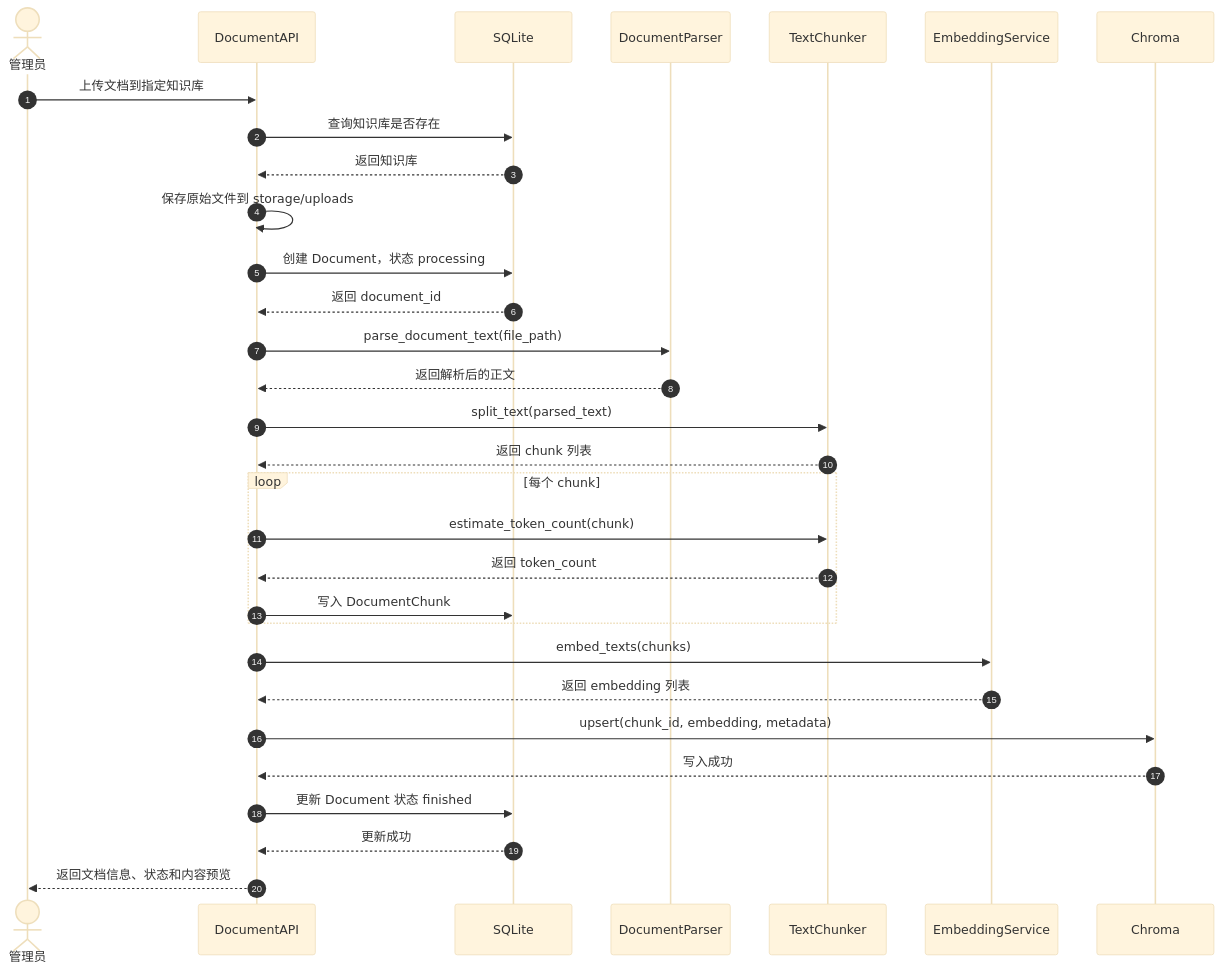
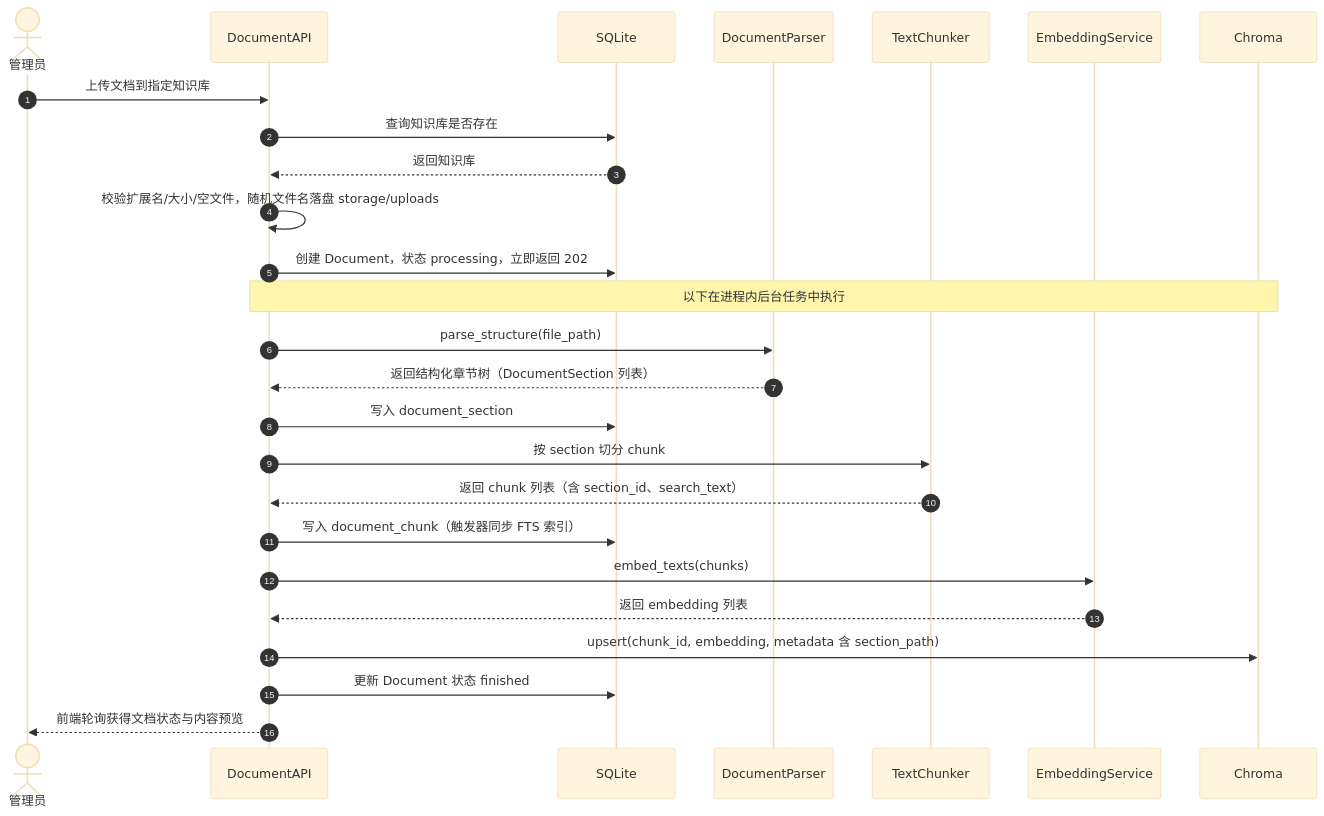
One commit to LBStruggleee/KnowFlow changed the third of 5 diagrams in docs/系统UML图.md. Above: the diagram before and after it, drawn with Mermaid (base theme). The commit also changed other lines of this file and 16 other files, not shown here.

````diff
--- a/docs/系统UML图.md
+++ b/docs/系统UML图.md
@@ -187,39 +295,34 @@
 ```mermaid
 sequenceDiagram
     autonumber
     actor Admin as 管理员
     participant DocAPI as DocumentAPI
     participant DB as SQLite
     participant Parser as DocumentParser
     participant Chunker as TextChunker
     participant Embed as EmbeddingService
     participant Chroma as Chroma
 
     Admin->>DocAPI: 上传文档到指定知识库
     DocAPI->>DB: 查询知识库是否存在
     DB-->>DocAPI: 返回知识库
-    DocAPI->>DocAPI: 保存原始文件到 storage/uploads
-    DocAPI->>DB: 创建 Document，状态 processing
-    DB-->>DocAPI: 返回 document_id
+    DocAPI->>DocAPI: 校验扩展名/大小/空文件，随机文件名落盘 storage/uploads
+    DocAPI->>DB: 创建 Document，状态 processing，立即返回 202
 
-    DocAPI->>Parser: parse_document_text(file_path)
-    Parser-->>DocAPI: 返回解析后的正文
+    Note over DocAPI,Chroma: 以下在进程内后台任务中执行
 
-    DocAPI->>Chunker: split_text(parsed_text)
-    Chunker-->>DocAPI: 返回 chunk 列表
+    DocAPI->>Parser: parse_structure(file_path)
+    Parser-->>DocAPI: 返回结构化章节树（DocumentSection 列表）
+    DocAPI->>DB: 写入 document_section
 
-    loop 每个 chunk
-        DocAPI->>Chunker: estimate_token_count(chunk)
-        Chunker-->>DocAPI: 返回 token_count
-        DocAPI->>DB: 写入 DocumentChunk
-    end
+    DocAPI->>Chunker: 按 section 切分 chunk
+    Chunker-->>DocAPI: 返回 chunk 列表（含 section_id、search_text）
+    DocAPI->>DB: 写入 document_chunk（触发器同步 FTS 索引）
 
     DocAPI->>Embed: embed_texts(chunks)
     Embed-->>DocAPI: 返回 embedding 列表
-    DocAPI->>Chroma: upsert(chunk_id, embedding, metadata)
-    Chroma-->>DocAPI: 写入成功
+    DocAPI->>Chroma: upsert(chunk_id, embedding, metadata 含 section_path)
 
     DocAPI->>DB: 更新 Document 状态 finished
-    DB-->>DocAPI: 更新成功
-    DocAPI-->>Admin: 返回文档信息、状态和内容预览
+    DocAPI-->>Admin: 前端轮询获得文档状态与内容预览
 ```
````
